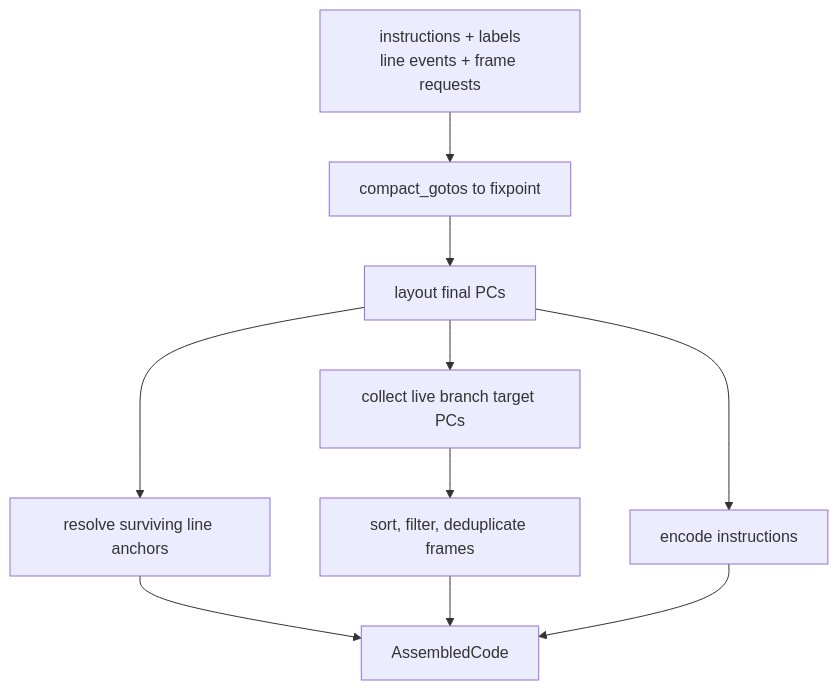
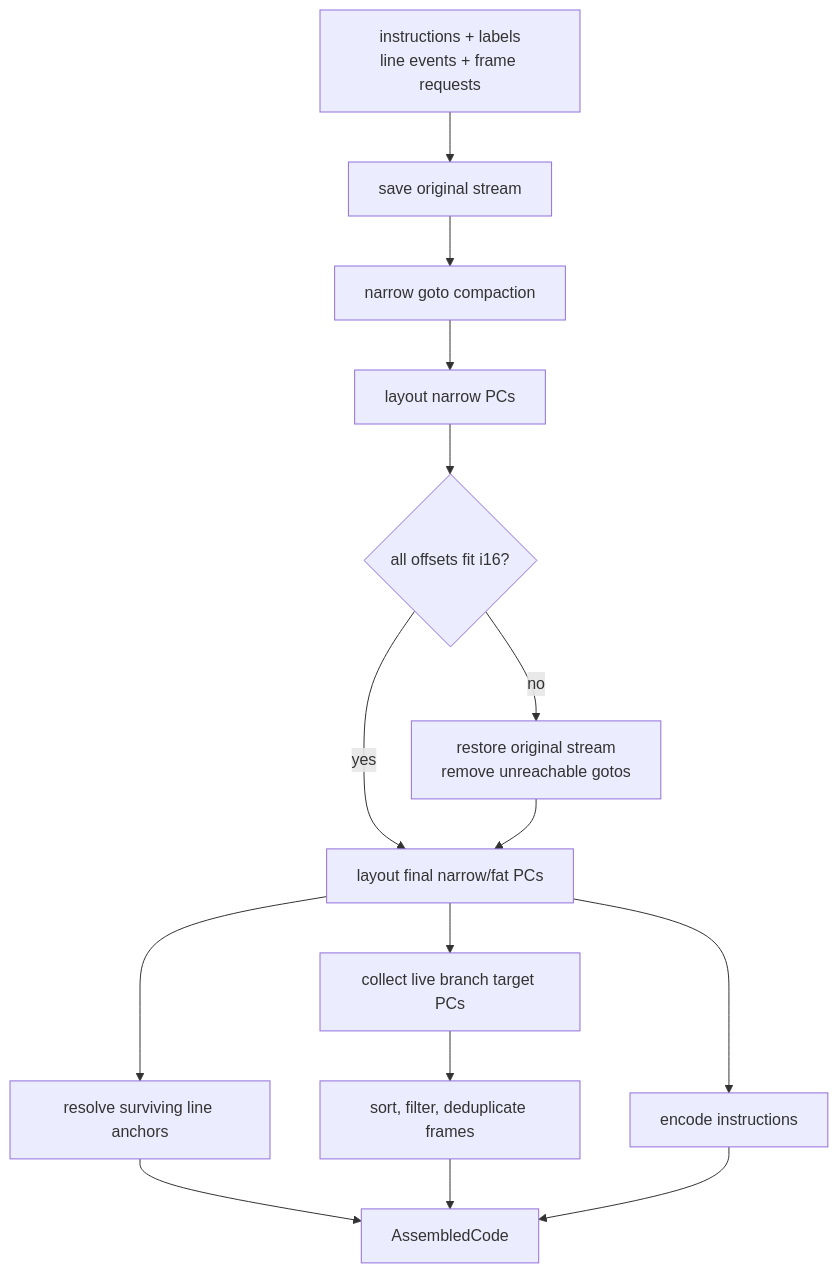
One commit to VitorNathanG/njavac changed the diagram in docs/src/architecture/assembler-and-metadata.md. Above: the diagram before and after it, drawn with Mermaid. The commit also changed other lines of this file and 25 other files, not shown here.

````diff
--- a/docs/src/architecture/assembler-and-metadata.md
+++ b/docs/src/architecture/assembler-and-metadata.md
@@ -58,19 +60,25 @@
 ```mermaid
 flowchart TD
     Stream["instructions + labels<br/>line events + frame requests"]
-    Compact["compact_gotos to fixpoint"]
-    Layout["layout final PCs"]
+    Save["save original stream"]
+    Compact["narrow goto compaction"]
+    Probe["layout narrow PCs"]
+    Choice{"all offsets fit i16?"}
+    Restore["restore original stream<br/>remove unreachable gotos"]
+    Layout["layout final narrow/fat PCs"]
     Targets["collect live branch target PCs"]
     Lines["resolve surviving line anchors"]
     Frames["sort, filter, deduplicate frames"]
     Encode["encode instructions"]
     Out["AssembledCode"]
 
-    Stream --> Compact --> Layout
+    Stream --> Save --> Compact --> Probe --> Choice
+    Choice -->|yes| Layout
+    Choice -->|no| Restore --> Layout
     Layout --> Targets --> Frames
     Layout --> Lines
     Layout --> Encode
     Lines --> Out
     Frames --> Out
     Encode --> Out
 ```
````
